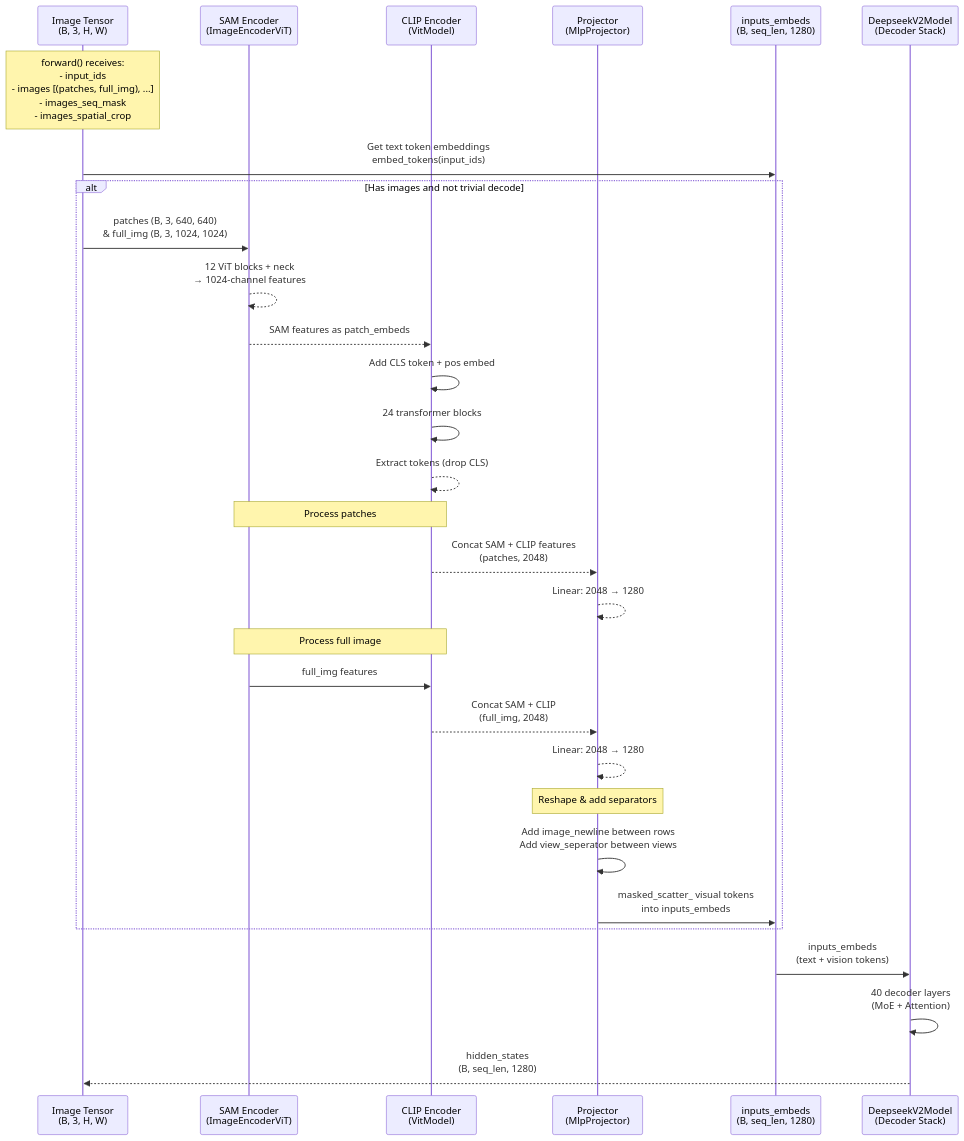
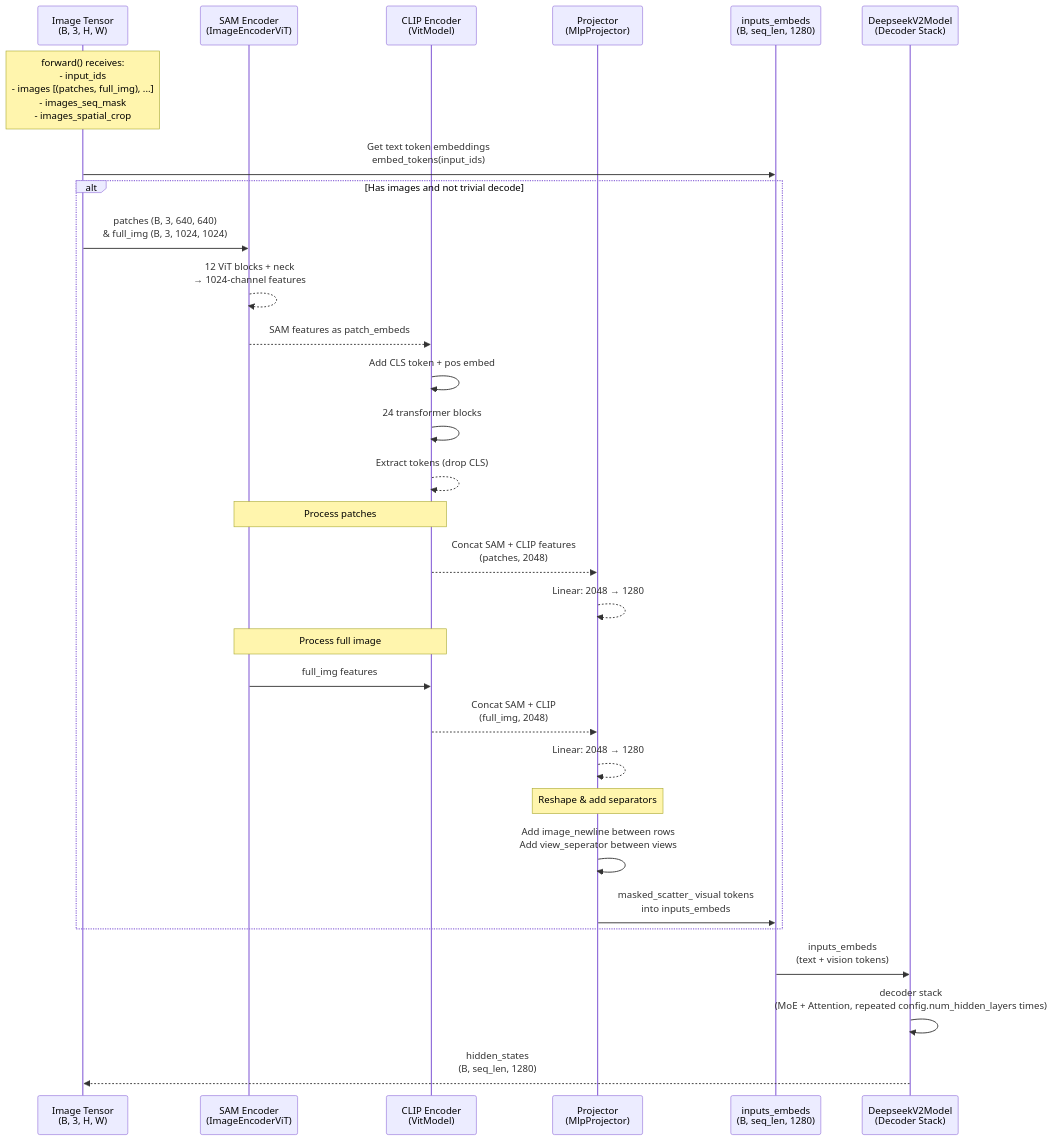
The diagram in context/hints/dsocr-kb/ops/op-DeepseekOCRModel.md (CodeGandee/llm-perf-opt), drawn with Mermaid before and after one commit. The commit also changed other lines of this file and 16 other files, not shown here.

````diff
--- a/context/hints/dsocr-kb/ops/op-DeepseekOCRModel.md
+++ b/context/hints/dsocr-kb/ops/op-DeepseekOCRModel.md
@@ -65,40 +65,40 @@
 ```mermaid
 sequenceDiagram
     participant Input as Image Tensor<br/>(B, 3, H, W)
     participant SAM as SAM Encoder<br/>(ImageEncoderViT)
     participant CLIP as CLIP Encoder<br/>(VitModel)
     participant Proj as Projector<br/>(MlpProjector)
     participant Embed as inputs_embeds<br/>(B, seq_len, 1280)
     participant LLM as DeepseekV2Model<br/>(Decoder Stack)
 
     Note over Input: forward() receives:<br/>- input_ids<br/>- images [(patches, full_img), ...]<br/>- images_seq_mask<br/>- images_spatial_crop
 
     Input->>Embed: Get text token embeddings<br/>embed_tokens(input_ids)
 
     alt Has images and not trivial decode
         Input->>SAM: patches (B, 3, 640, 640)<br/>& full_img (B, 3, 1024, 1024)
         SAM-->>SAM: 12 ViT blocks + neck<br/>→ 1024-channel features
 
         SAM-->>CLIP: SAM features as patch_embeds
         CLIP->>CLIP: Add CLS token + pos embed
         CLIP->>CLIP: 24 transformer blocks
         CLIP-->>CLIP: Extract tokens (drop CLS)
 
         Note over SAM,CLIP: Process patches
         CLIP-->>Proj: Concat SAM + CLIP features<br/>(patches, 2048)
         Proj-->>Proj: Linear: 2048 → 1280
 
         Note over SAM,CLIP: Process full image
         SAM->>CLIP: full_img features
         CLIP-->>Proj: Concat SAM + CLIP<br/>(full_img, 2048)
         Proj-->>Proj: Linear: 2048 → 1280
 
         Note over Proj: Reshape & add separators
         Proj->>Proj: Add image_newline between rows<br/>Add view_seperator between views
         Proj->>Embed: masked_scatter_ visual tokens<br/>into inputs_embeds
     end
 
     Embed->>LLM: inputs_embeds<br/>(text + vision tokens)
-    LLM->>LLM: 40 decoder layers<br/>(MoE + Attention)
+    LLM->>LLM: decoder stack<br/>(MoE + Attention, repeated config.num_hidden_layers times)
     LLM-->>Input: hidden_states<br/>(B, seq_len, 1280)
 ```
````
